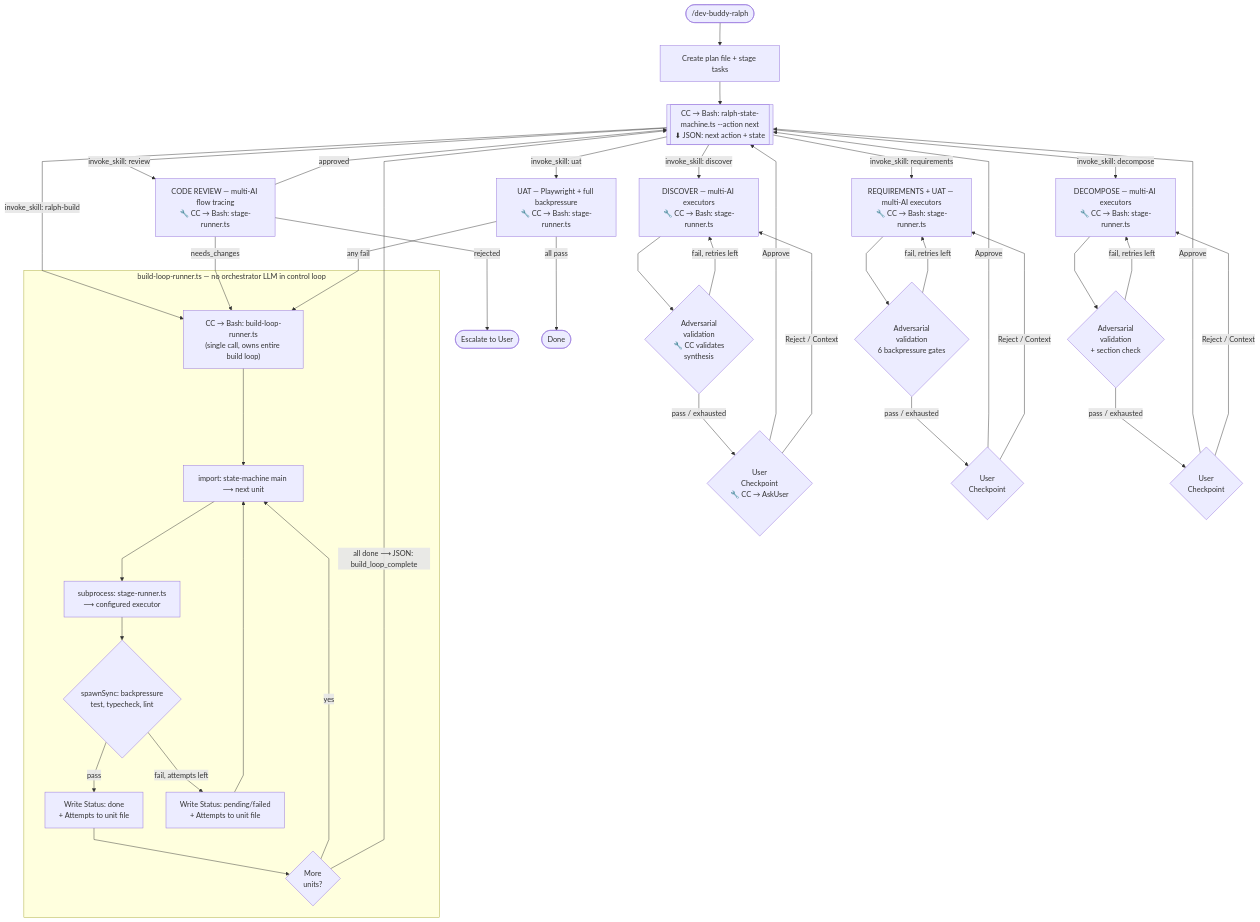
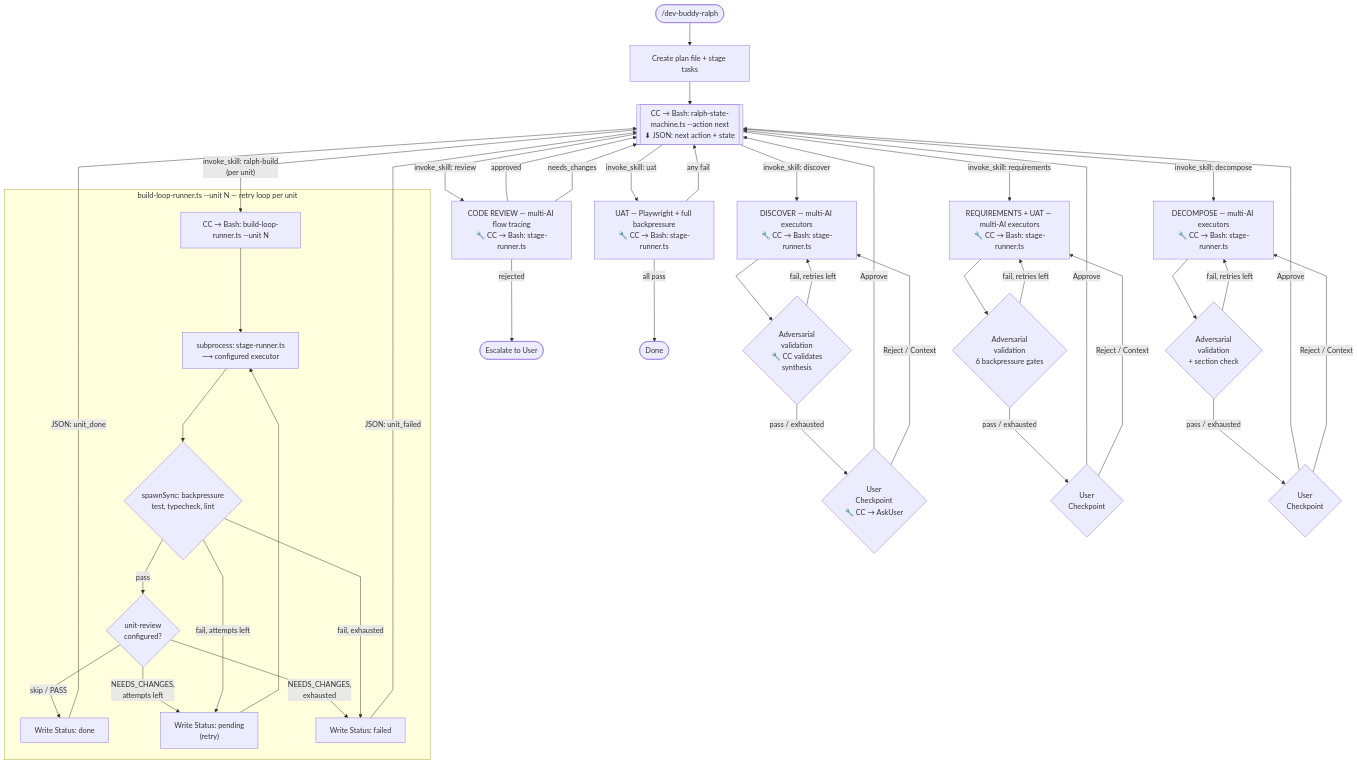
One commit to Z-M-Huang/vcp changed the first of 2 diagrams in plugins/dev-buddy/README.md. Above: the diagram before and after it, drawn with Mermaid. The commit also changed other lines of this file and 20 other files, not shown here.

First line of the commit message:
Dev Buddy v0.5.4: Unit-review stage, code cleanup, enriched debug logs

````diff
--- a/plugins/dev-buddy/README.md
+++ b/plugins/dev-buddy/README.md
@@ -27,70 +27,72 @@
 ```mermaid
 ---
 config:
   flowchart:
     curve: linear
 ---
 flowchart TD
     START(["/dev-buddy-ralph"]) --> INIT["Create plan file + stage tasks"]
     INIT --> Q1
 
     Q1[["CC → Bash: ralph-state-machine.ts --action next<br/>⬇ JSON: next action + state"]]
 
     Q1 -->|"invoke_skill: discover"| D
     D["DISCOVER — multi-AI executors<br/>🔧 CC → Bash: stage-runner.ts"]
     D --> D_VAL{"Adversarial<br/>validation<br/>🔧 CC validates<br/>synthesis"}
     D_VAL -->|fail, retries left| D
     D_VAL -->|pass / exhausted| D_UC{"User<br/>Checkpoint<br/>🔧 CC → AskUser"}
     D_UC -->|Approve| Q1
     D_UC -->|Reject / Context| D
 
     Q1 -->|"invoke_skill: requirements"| R
     R["REQUIREMENTS + UAT — multi-AI executors<br/>🔧 CC → Bash: stage-runner.ts"]
     R --> R_VAL{"Adversarial<br/>validation<br/>6 backpressure gates"}
     R_VAL -->|fail, retries left| R
     R_VAL -->|pass / exhausted| R_UC{"User<br/>Checkpoint"}
     R_UC -->|Approve| Q1
     R_UC -->|Reject / Context| R
 
     Q1 -->|"invoke_skill: decompose"| DC
     DC["DECOMPOSE — multi-AI executors<br/>🔧 CC → Bash: stage-runner.ts"]
     DC --> DC_VAL{"Adversarial<br/>validation<br/>+ section check"}
     DC_VAL -->|fail, retries left| DC
     DC_VAL -->|pass / exhausted| DC_UC{"User<br/>Checkpoint"}
     DC_UC -->|Approve| Q1
     DC_UC -->|Reject / Context| DC
 
-    Q1 -->|"invoke_skill: ralph-build"| BUILD_ENTRY
+    Q1 -->|"invoke_skill: ralph-build<br/>(per unit)"| BUILD_ENTRY
 
-    subgraph BUILD_MECHANICAL["build-loop-runner.ts — no orchestrator LLM in control loop"]
-        BUILD_ENTRY["CC → Bash: build-loop-runner.ts<br/>(single call, owns entire build loop)"]
-        B_SM["import: state-machine main ⟶ next unit"]
+    subgraph BUILD_MECHANICAL["build-loop-runner.ts --unit N — retry loop per unit"]
+        BUILD_ENTRY["CC → Bash: build-loop-runner.ts --unit N"]
         B_DISPATCH["subprocess: stage-runner.ts<br/>⟶ configured executor"]
         B_BP{"spawnSync: backpressure<br/>test, typecheck, lint"}
-        B_WRITE_PASS["Write Status: done<br/>+ Attempts to unit file"]
-        B_WRITE_FAIL["Write Status: pending/failed<br/>+ Attempts to unit file"]
-        B_MORE{"More<br/>units?"}
+        B_REVIEW{"unit-review<br/>configured?"}
+        B_WRITE_PASS["Write Status: done"]
+        B_RETRY["Write Status: pending<br/>(retry)"]
+        B_FAILED["Write Status: failed"]
 
-        BUILD_ENTRY --> B_SM
-        B_SM --> B_DISPATCH
+        BUILD_ENTRY --> B_DISPATCH
         B_DISPATCH --> B_BP
-        B_BP -->|fail, attempts left| B_WRITE_FAIL
-        B_WRITE_FAIL --> B_SM
-        B_BP -->|pass| B_WRITE_PASS
-        B_WRITE_PASS --> B_MORE
-        B_MORE -->|yes| B_SM
+        B_BP -->|pass| B_REVIEW
+        B_REVIEW -->|"skip / PASS"| B_WRITE_PASS
+        B_REVIEW -->|"NEEDS_CHANGES,<br/>attempts left"| B_RETRY
+        B_REVIEW -->|"NEEDS_CHANGES,<br/>exhausted"| B_FAILED
+        B_BP -->|fail, attempts left| B_RETRY
+        B_RETRY --> B_DISPATCH
+        B_BP -->|fail, exhausted| B_FAILED
     end
 
-    B_MORE -->|"all done ⟶ JSON: build_loop_complete"| Q1
+    B_WRITE_PASS -->|"JSON: unit_done"| Q1
+    B_FAILED -->|"JSON: unit_failed"| Q1
 
     Q1 -->|"invoke_skill: review"| CR
     CR["CODE REVIEW — multi-AI flow tracing<br/>🔧 CC → Bash: stage-runner.ts"]
     CR -->|approved| Q1
-    CR -->|needs_changes| BUILD_ENTRY
+    CR -->|needs_changes| Q1
     CR -->|rejected| STOP([Escalate to User])
 
     Q1 -->|"invoke_skill: uat"| UAT
     UAT["UAT — Playwright + full backpressure<br/>🔧 CC → Bash: stage-runner.ts"]
     UAT -->|all pass| DONE([Done])
-    UAT -->|any fail| BUILD_ENTRY
+    UAT -->|any fail| Q1
 ```
````
